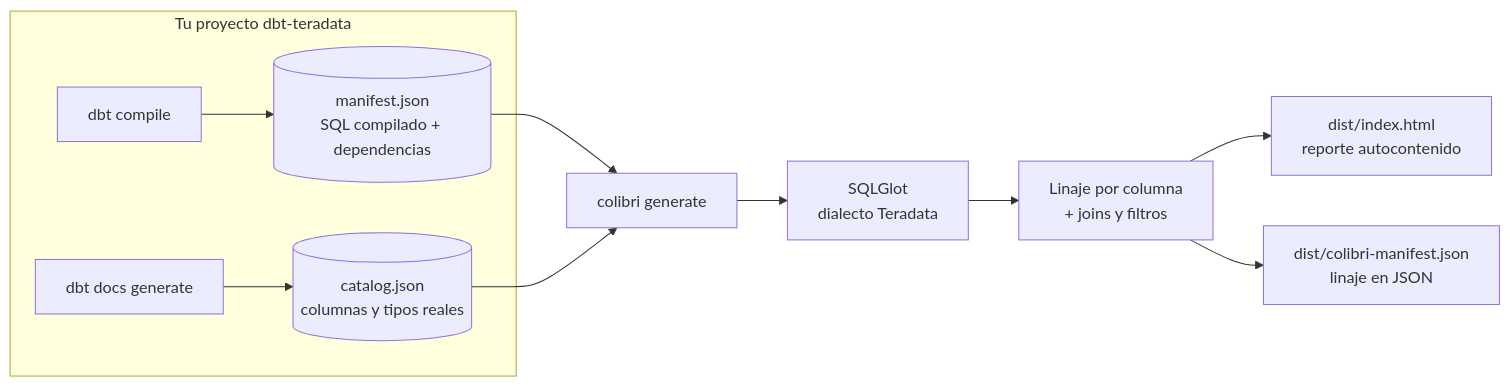
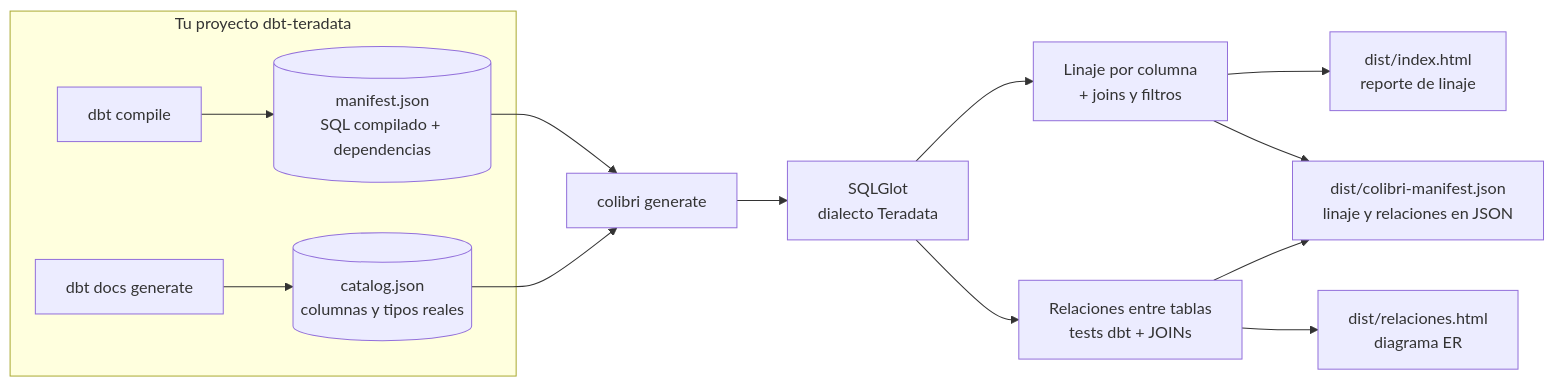
The diagram in README.md (patriciojgf/dbt-colibri-teradata), drawn with Mermaid before and after one commit. The commit also changed other lines of this file and 16 other files, not shown here.

First line of the commit message:
Add Relaciones view: ER diagram from dbt tests and JOINs

````diff
--- a/README.md
+++ b/README.md
@@ -45,13 +46,16 @@
 ```mermaid
 flowchart LR
     subgraph dbt["Tu proyecto dbt-teradata"]
         A["dbt compile"] --> M[("manifest.json<br/>SQL compilado + dependencias")]
         B["dbt docs generate"] --> C[("catalog.json<br/>columnas y tipos reales")]
     end
     M --> P["colibri generate"]
     C --> P
     P --> S["SQLGlot<br/>dialecto Teradata"]
     S --> L["Linaje por columna<br/>+ joins y filtros"]
-    L --> H["dist/index.html<br/>reporte autocontenido"]
-    L --> J["dist/colibri-manifest.json<br/>linaje en JSON"]
+    S --> R["Relaciones entre tablas<br/>tests dbt + JOINs"]
+    L --> H["dist/index.html<br/>reporte de linaje"]
+    R --> E["dist/relaciones.html<br/>diagrama ER"]
+    L --> J["dist/colibri-manifest.json<br/>linaje y relaciones en JSON"]
+    R --> J
 ```
````
